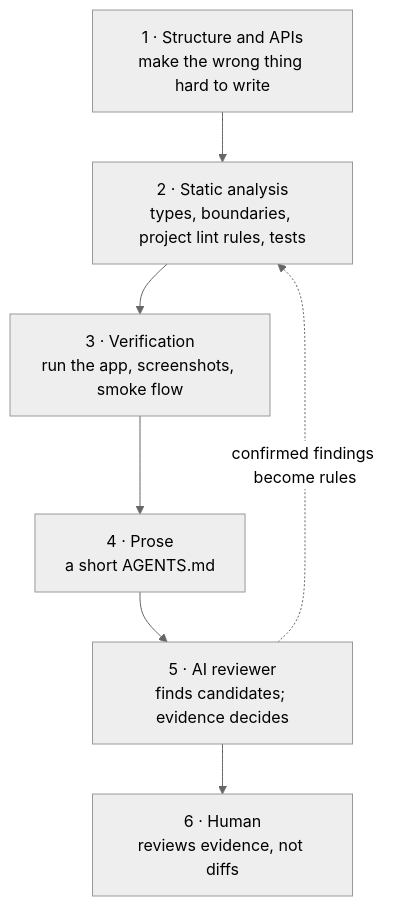
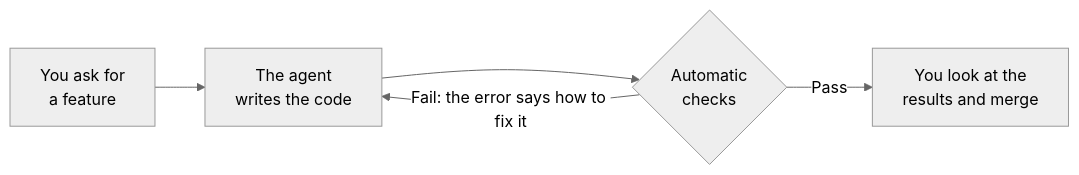
The diagram in README.md (Tim-rppl/trust-pyramid), drawn with Mermaid (neutral theme) before and after one commit. The commit also changed other lines of this file and 1 other file, not shown here.

First line of the commit message:
README: plain-language flowchart for How it works (#20)

````diff
--- a/README.md
+++ b/README.md
@@ -117,9 +119,7 @@
 ```mermaid
-flowchart TB
-    A["1 · Structure and APIs<br/>make the wrong thing hard to write"] --> B["2 · Static analysis<br/>types, boundaries, project lint rules, tests"]
-    B --> C["3 · Verification<br/>run the app, screenshots, smoke flow"]
-    C --> D["4 · Prose<br/>a short AGENTS.md"]
-    D --> E["5 · AI reviewer<br/>finds candidates; evidence decides"]
-    E --> F["6 · Human<br/>reviews evidence, not diffs"]
-    E -. "confirmed findings become rules" .-> B
+flowchart LR
+    A["You ask for<br/>a feature"] --> B["The agent<br/>writes the code"]
+    B --> C{"Automatic<br/>checks"}
+    C -- "Fail: the error says how to fix it" --> B
+    C -- "Pass" --> D["You look at the<br/>results and merge"]
 ```
````
